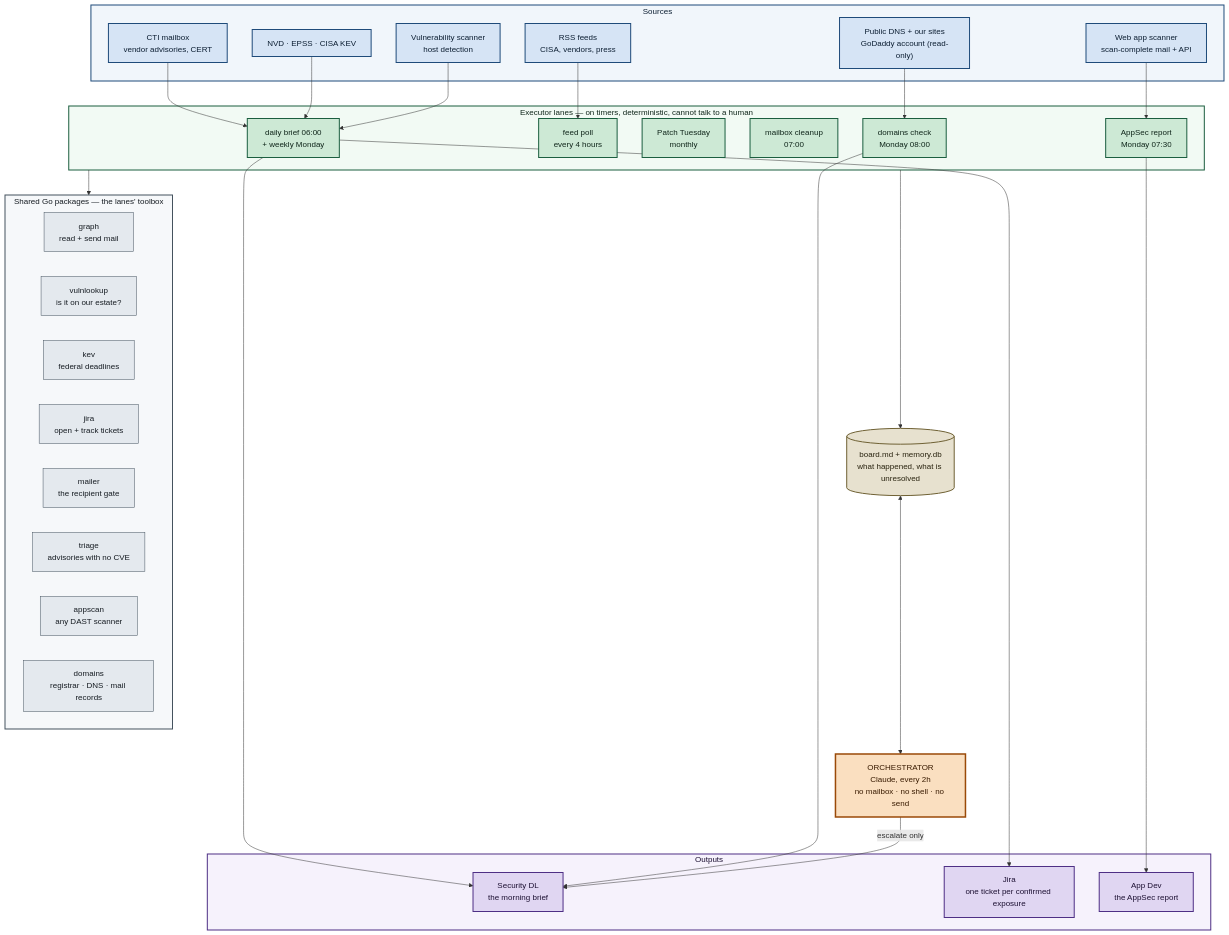
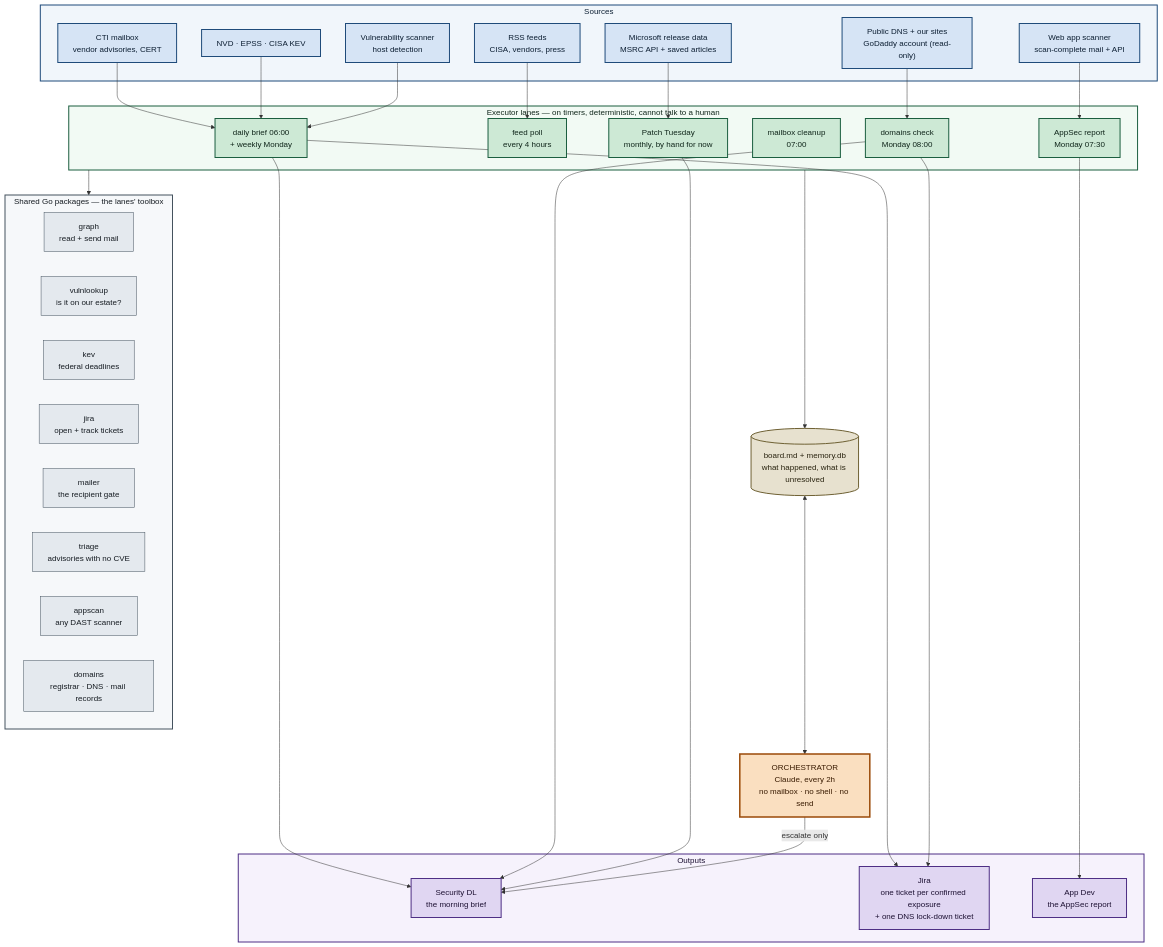
The second of 2 diagrams in ARCHITECTURE.md (zany2dmax/cti-agent), drawn with Mermaid before and after one commit. The commit also changed other lines of this file and 17 other files, not shown here.

````diff
--- a/ARCHITECTURE.md
+++ b/ARCHITECTURE.md
@@ -118,74 +118,78 @@
 ```mermaid
 flowchart TB
     subgraph SRC["Sources"]
         MBX["CTI mailbox<br/>vendor advisories, CERT"]
         FEEDS["RSS feeds<br/>CISA, vendors, press"]
         NVD["NVD · EPSS · CISA KEV"]
         QUALYS["Vulnerability scanner<br/>host detection"]
         DAST["Web app scanner<br/>scan-complete mail + API"]
         DNSREG["Public DNS + our sites<br/>GoDaddy account (read-only)"]
+        MSRC["Microsoft release data<br/>MSRC API + saved articles"]
     end
 
     subgraph LANES["Executor lanes — on timers, deterministic, cannot talk to a human"]
         DIGEST["daily brief 06:00<br/>+ weekly Monday"]
         SCOUT["feed poll<br/>every 4 hours"]
-        PT["Patch Tuesday<br/>monthly"]
+        PT["Patch Tuesday<br/>monthly, by hand for now"]
         CLEAN["mailbox cleanup<br/>07:00"]
         APPSEC["AppSec report<br/>Monday 07:30"]
         DOMS["domains check<br/>Monday 08:00"]
     end
 
     subgraph GO["Shared Go packages — the lanes' toolbox"]
         direction LR
         P1["graph<br/>read + send mail"]
         P2["vulnlookup<br/>is it on our estate?"]
         P3["kev<br/>federal deadlines"]
         P4["jira<br/>open + track tickets"]
         P5["mailer<br/>the recipient gate"]
         P6["triage<br/>advisories with no CVE"]
         P7["appscan<br/>any DAST scanner"]
         P8["domains<br/>registrar · DNS · mail records"]
     end
 
     subgraph OUT["Outputs"]
         EMAIL["Security DL<br/>the morning brief"]
-        TICKET["Jira<br/>one ticket per confirmed exposure"]
+        TICKET["Jira<br/>one ticket per confirmed exposure<br/>+ one DNS lock-down ticket"]
         APPDEV["App Dev<br/>the AppSec report"]
     end
 
     ORCH2["ORCHESTRATOR<br/>Claude, every 2h<br/>no mailbox · no shell · no send"]
     STATE[("board.md + memory.db<br/>what happened, what is unresolved")]
 
     MBX --> DIGEST
     FEEDS --> SCOUT
     NVD --> DIGEST
     QUALYS --> DIGEST
     DAST --> APPSEC
     DNSREG --> DOMS
+    MSRC --> PT
     LANES --> GO
     DIGEST --> EMAIL
     DIGEST --> TICKET
     APPSEC --> APPDEV
     DOMS --> EMAIL
+    DOMS --> TICKET
+    PT --> EMAIL
     LANES --> STATE
     STATE <--> ORCH2
     ORCH2 -->|"escalate only"| EMAIL
 
     %% Same reasoning as the first diagram: no node is left to the theme.
     classDef source fill:#d6e4f5,stroke:#1f4b7a,stroke-width:2px,color:#0d1f33
     classDef lane   fill:#cde9d5,stroke:#1b5e3f,stroke-width:2px,color:#10261b
     classDef pkg    fill:#e4e9ee,stroke:#44525e,stroke-width:1px,color:#161c22
     classDef out    fill:#e0d6f2,stroke:#4e2f85,stroke-width:2px,color:#1d1133
     classDef orch   fill:#fadfc0,stroke:#9a4a08,stroke-width:3px,color:#3a1c02
     classDef store  fill:#e7e1cf,stroke:#6f6134,stroke-width:2px,color:#2a2410
-    class MBX,FEEDS,NVD,QUALYS,DAST,DNSREG source
+    class MBX,FEEDS,NVD,QUALYS,DAST,DNSREG,MSRC source
     class DIGEST,SCOUT,PT,CLEAN,APPSEC,DOMS lane
     class P1,P2,P3,P4,P5,P6,P7,P8 pkg
     class EMAIL,TICKET,APPDEV out
     class ORCH2 orch
     class STATE store
     style SRC   fill:#f1f6fb,stroke:#1f4b7a,stroke-width:2px,color:#0d1f33
     style LANES fill:#f2faf4,stroke:#1b5e3f,stroke-width:2px,color:#10261b
     style GO    fill:#f6f8fa,stroke:#44525e,stroke-width:2px,color:#161c22
     style OUT   fill:#f6f2fc,stroke:#4e2f85,stroke-width:2px,color:#1d1133
 ```
````
